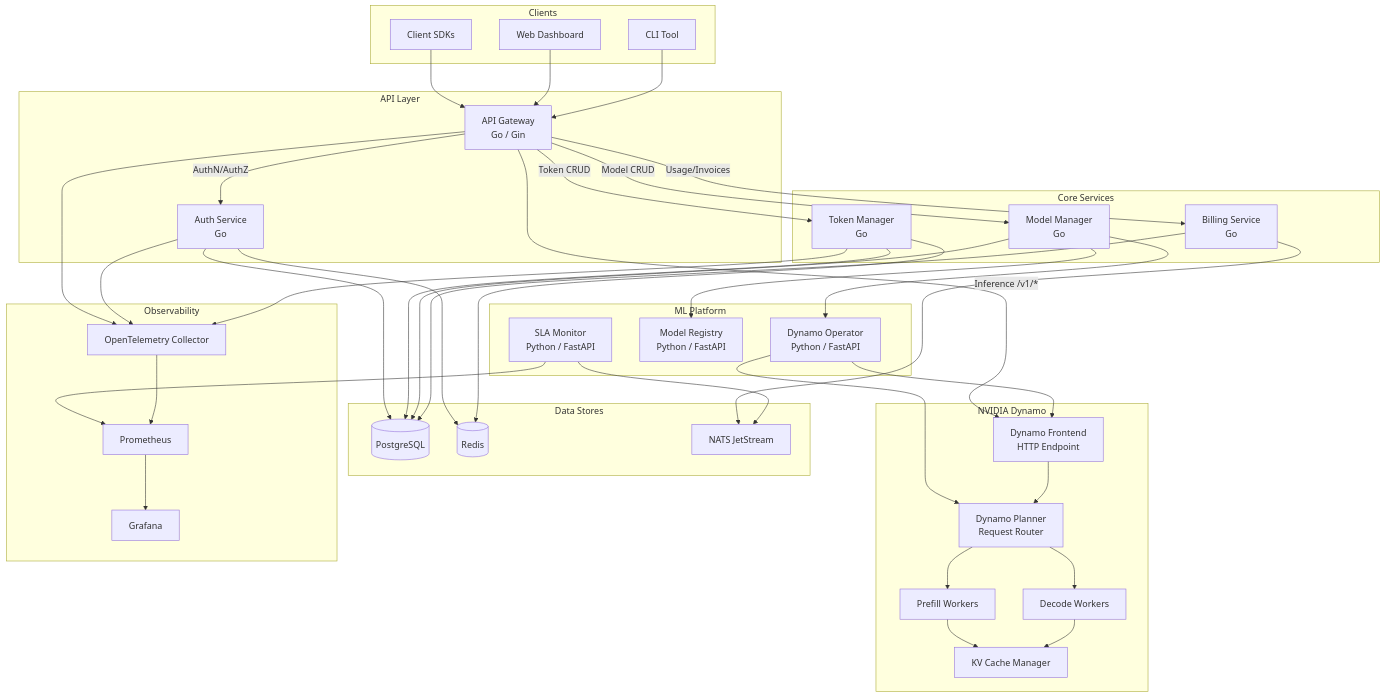
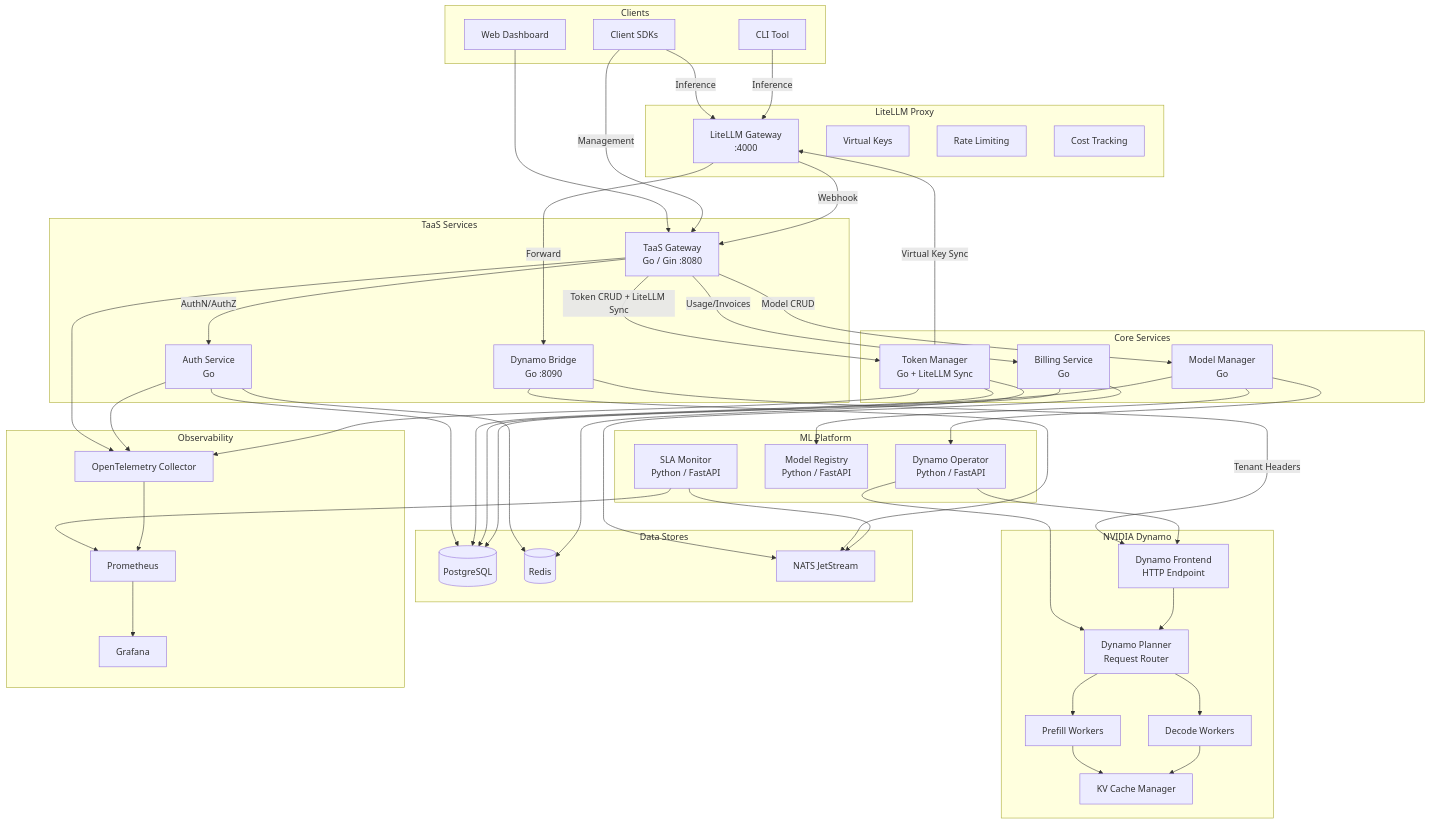
One commit to kangclzjc/taas changed the first of 8 diagrams in docs/architecture/ARCHITECTURE.md. Above: the diagram before and after it, drawn with Mermaid. The commit also changed other lines of this file and 19 other files, not shown here.

First line of the commit message:
feat: replace custom proxy layer with LiteLLM Proxy integration

```diff
--- a/docs/architecture/ARCHITECTURE.md
+++ b/docs/architecture/ARCHITECTURE.md
@@ -12,13 +14,21 @@
         CLI[CLI Tool]
     end
 
-    subgraph API Layer
-        GW[API Gateway<br/>Go / Gin]
+    subgraph LiteLLM Proxy
+        LLM[LiteLLM Gateway<br/>:4000]
+        VK[Virtual Keys]
+        RL[Rate Limiting]
+        CT[Cost Tracking]
+    end
+
+    subgraph TaaS Services
+        GW[TaaS Gateway<br/>Go / Gin :8080]
         AUTH[Auth Service<br/>Go]
+        DB_BRIDGE[Dynamo Bridge<br/>Go :8090]
     end
 
     subgraph Core Services
-        TM[Token Manager<br/>Go]
+        TM[Token Manager<br/>Go + LiteLLM Sync]
         MM[Model Manager<br/>Go]
         BILL[Billing Service<br/>Go]
     end
@@ -49,25 +59,31 @@
         OTEL[OpenTelemetry Collector]
     end
 
-    SDK --> GW
+    SDK -->|Inference| LLM
+    CLI -->|Inference| LLM
     WebUI --> GW
-    CLI --> GW
+    SDK -->|Management| GW
+
+    LLM -->|Forward| DB_BRIDGE
+    LLM -->|Webhook| GW
+    DB_BRIDGE -->|Tenant Headers| DF
 
     GW -->|AuthN/AuthZ| AUTH
-    GW -->|Token CRUD| TM
+    GW -->|Token CRUD + LiteLLM Sync| TM
     GW -->|Model CRUD| MM
     GW -->|Usage/Invoices| BILL
-    GW -->|Inference /v1/*| DF
 
     AUTH --> PG
     AUTH --> RD
     TM --> PG
     TM --> RD
+    TM -->|Virtual Key Sync| LLM
     MM --> PG
     MM --> MR
     MM --> DO
     BILL --> PG
     BILL --> NATS
+    DB_BRIDGE --> NATS
 
     DO --> DF
     DO --> DP
```
